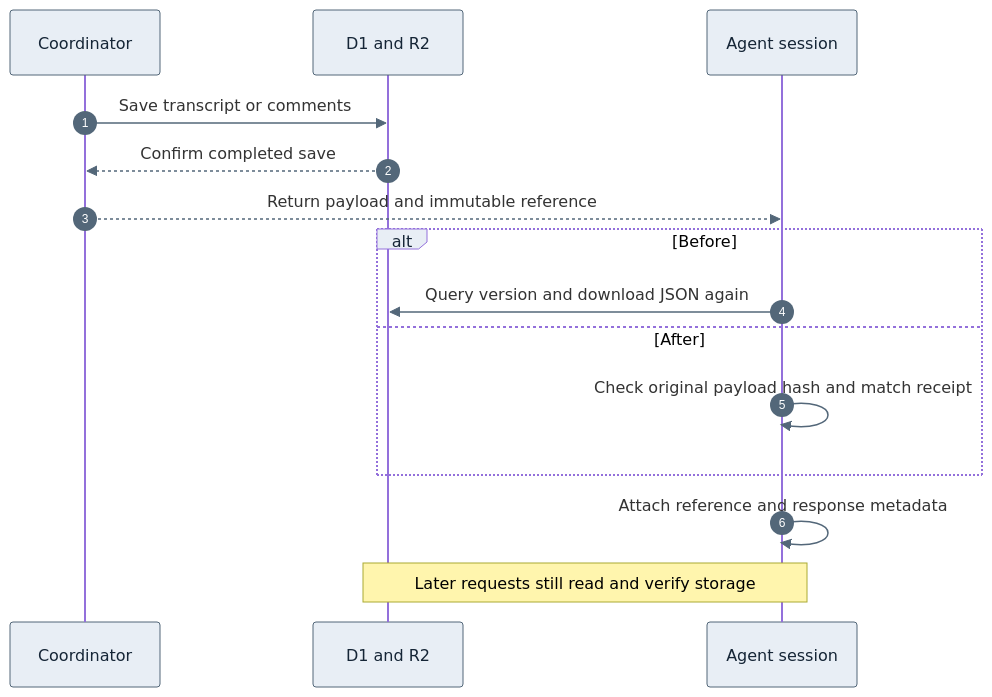
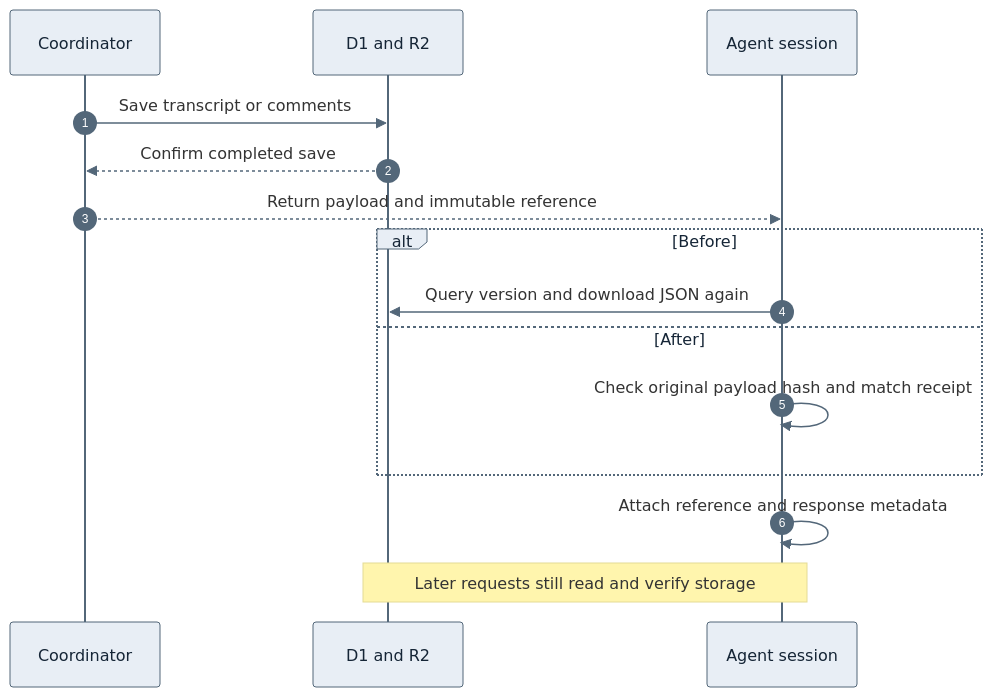
One commit to devhims/video2ctx changed the diagram in reference/engineering/performance/text-receipts-2026-10-04/README.md. Above: the diagram before and after it, drawn with Mermaid. The commit also changed other lines of this file and 4 other files, not shown here.

````diff
--- a/reference/engineering/performance/text-receipts-2026-10-04/README.md
+++ b/reference/engineering/performance/text-receipts-2026-10-04/README.md
@@ -65,18 +65,18 @@
 ```mermaid
-%%{init: {'themeVariables': {'actorBkg':'#e8eef5','actorTextColor':'#152536','actorBorder':'#536779','signalColor':'#536779','labelBoxBkgColor':'#e8eef5','labelTextColor':'#152536','sequenceNumberColor':'#ffffff'}}}%%
+%%{init: {'theme':'base','themeVariables': {'actorBkg':'#e8eef5','actorTextColor':'#152536','actorBorder':'#536779','signalColor':'#536779','labelBoxBkgColor':'#e8eef5','labelTextColor':'#152536','sequenceNumberColor':'#ffffff'}}}%%
 sequenceDiagram
     autonumber
     participant C as Coordinator
     participant R as D1 and R2
     participant S as Agent session
     C->>R: Save transcript or comments
     R-->>C: Confirm completed save
     C-->>S: Return payload and immutable reference
     alt Before
         S->>R: Query version and download JSON again
     else After
         S->>S: Check original payload hash and match receipt
     end
     S->>S: Attach reference and response metadata
     Note over S,R: Later requests still read and verify storage
 ```
````
